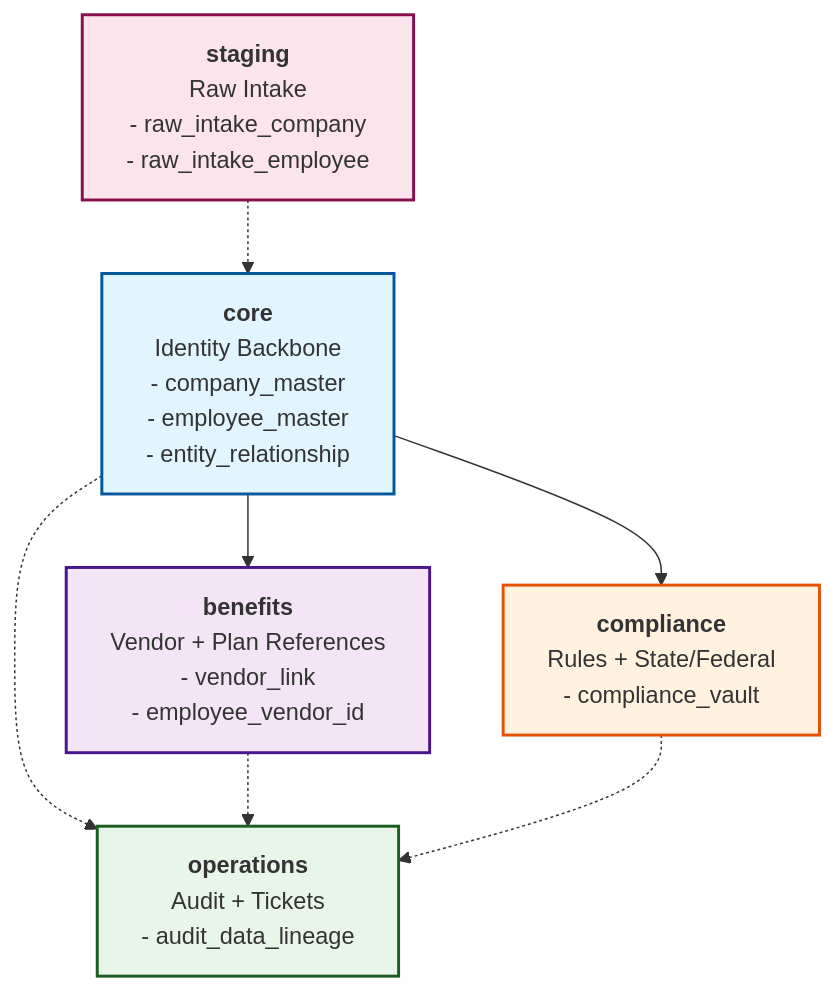
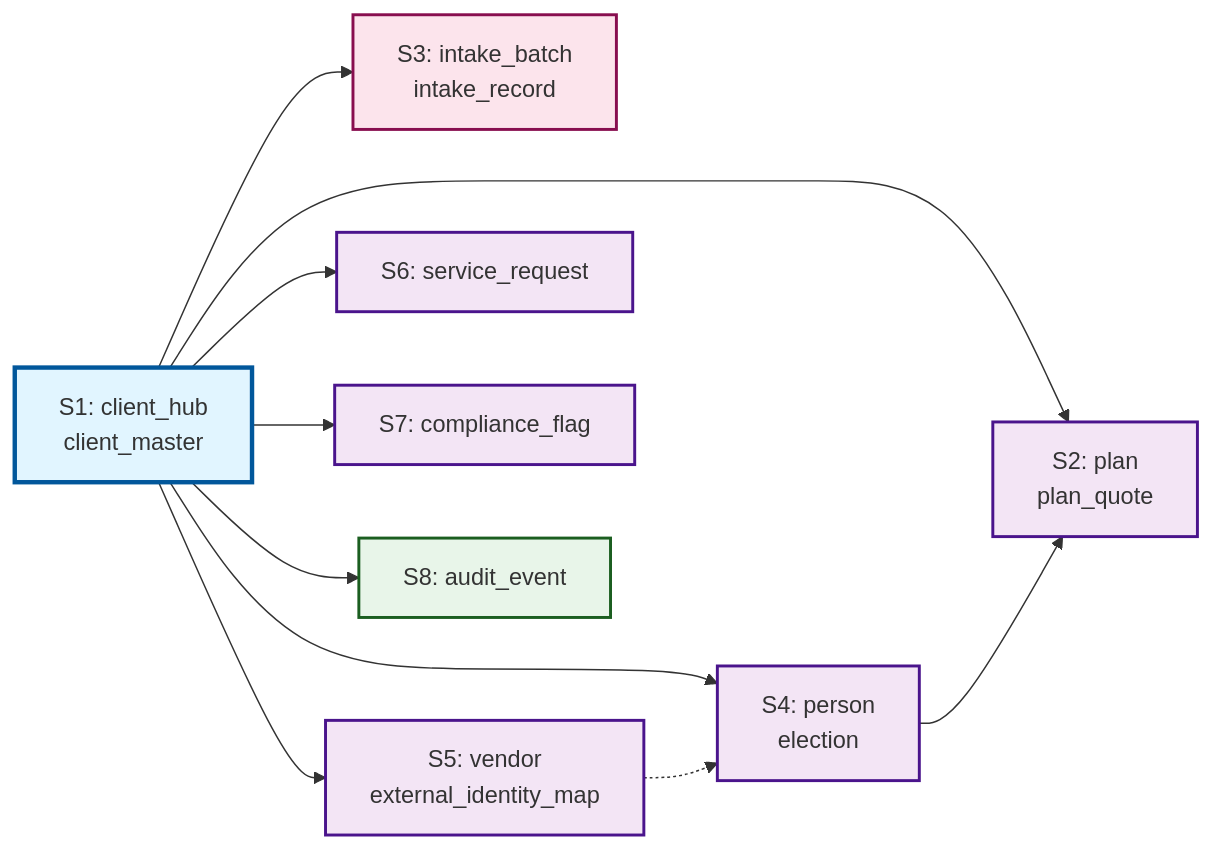
The second of 4 diagrams in db/neon/migrations/SCHEMA_ER_DIAGRAM.md (djb258/client), drawn with Mermaid before and after one commit. The commit also changed other lines of this file and 19 other files, not shown here.

````diff
--- a/db/neon/migrations/SCHEMA_ER_DIAGRAM.md
+++ b/db/neon/migrations/SCHEMA_ER_DIAGRAM.md
@@ -176,48 +169,25 @@
 ```mermaid
-graph TD
-    %% Schema Boxes
-    CORE["`**core**
-    Identity Backbone
-    - company_master
-    - employee_master
-    - entity_relationship`"]
+graph LR
+    HUB["S1: client_hub<br/>client_master"]
 
-    BENEFITS["`**benefits**
-    Vendor + Plan References
-    - vendor_link
-    - employee_vendor_id`"]
+    HUB --> S2["S2: plan<br/>plan_quote"]
+    HUB --> S3["S3: intake_batch<br/>intake_record"]
+    HUB --> S4["S4: person<br/>election"]
+    HUB --> S5["S5: vendor<br/>external_identity_map"]
+    HUB --> S6["S6: service_request"]
+    HUB --> S7["S7: compliance_flag"]
+    HUB --> S8["S8: audit_event"]
 
-    COMPLIANCE["`**compliance**
-    Rules + State/Federal
-    - compliance_vault`"]
+    S4 --> S2
+    S5 -.-> S4
 
-    OPERATIONS["`**operations**
-    Audit + Tickets
-    - audit_data_lineage`"]
+    classDef hub fill:#e1f5ff,stroke:#01579b,stroke-width:3px
+    classDef spoke fill:#f3e5f5,stroke:#4a148c,stroke-width:2px
+    classDef staging fill:#fce4ec,stroke:#880e4f,stroke-width:2px
+    classDef audit fill:#e8f5e9,stroke:#1b5e20,stroke-width:2px
 
-    STAGING["`**staging**
-    Raw Intake
-    - raw_intake_company
-    - raw_intake_employee`"]
-
-    %% Relationships
-    CORE --> BENEFITS
-    CORE --> COMPLIANCE
-    STAGING -.-> CORE
-    CORE -.-> OPERATIONS
-    BENEFITS -.-> OPERATIONS
-    COMPLIANCE -.-> OPERATIONS
-
-    %% Styling
-    classDef coreStyle fill:#e1f5ff,stroke:#01579b,stroke-width:2px
-    classDef benefitsStyle fill:#f3e5f5,stroke:#4a148c,stroke-width:2px
-    classDef complianceStyle fill:#fff3e0,stroke:#e65100,stroke-width:2px
-    classDef operationsStyle fill:#e8f5e9,stroke:#1b5e20,stroke-width:2px
-    classDef stagingStyle fill:#fce4ec,stroke:#880e4f,stroke-width:2px
-
-    class CORE coreStyle
-    class BENEFITS benefitsStyle
-    class COMPLIANCE complianceStyle
-    class OPERATIONS operationsStyle
-    class STAGING stagingStyle
+    class HUB hub
+    class S2,S4,S5,S6,S7 spoke
+    class S3 staging
+    class S8 audit
 ```
````
